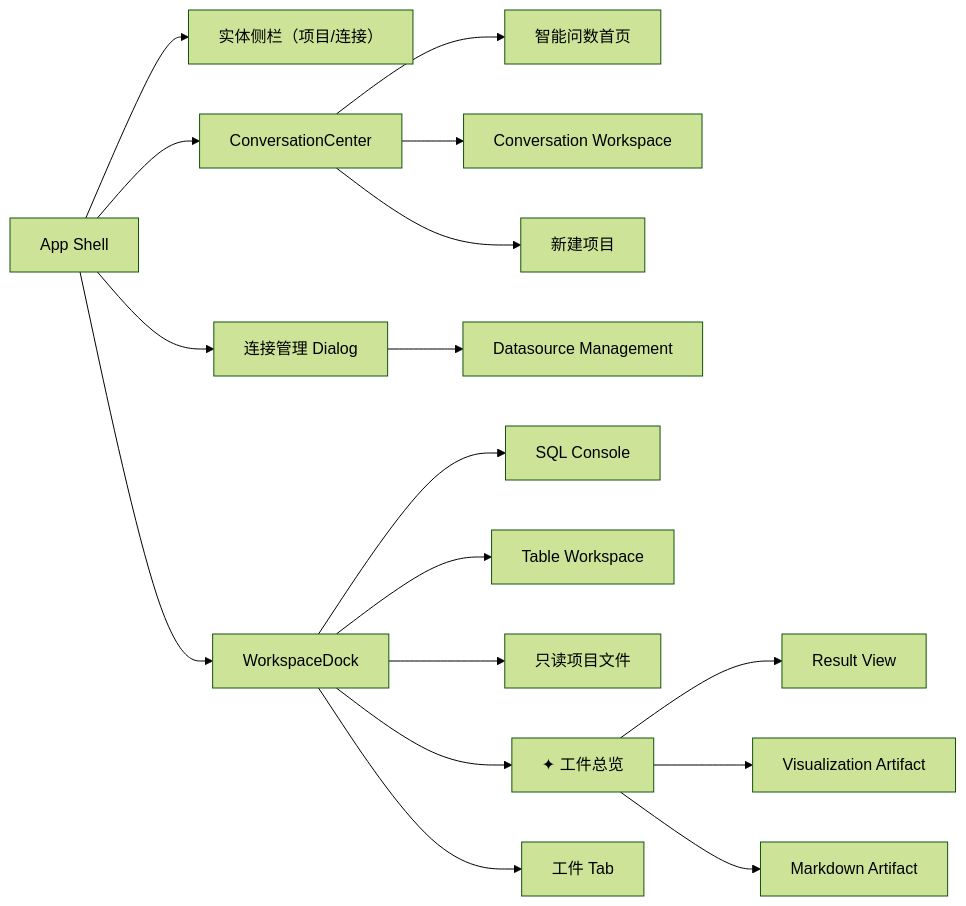
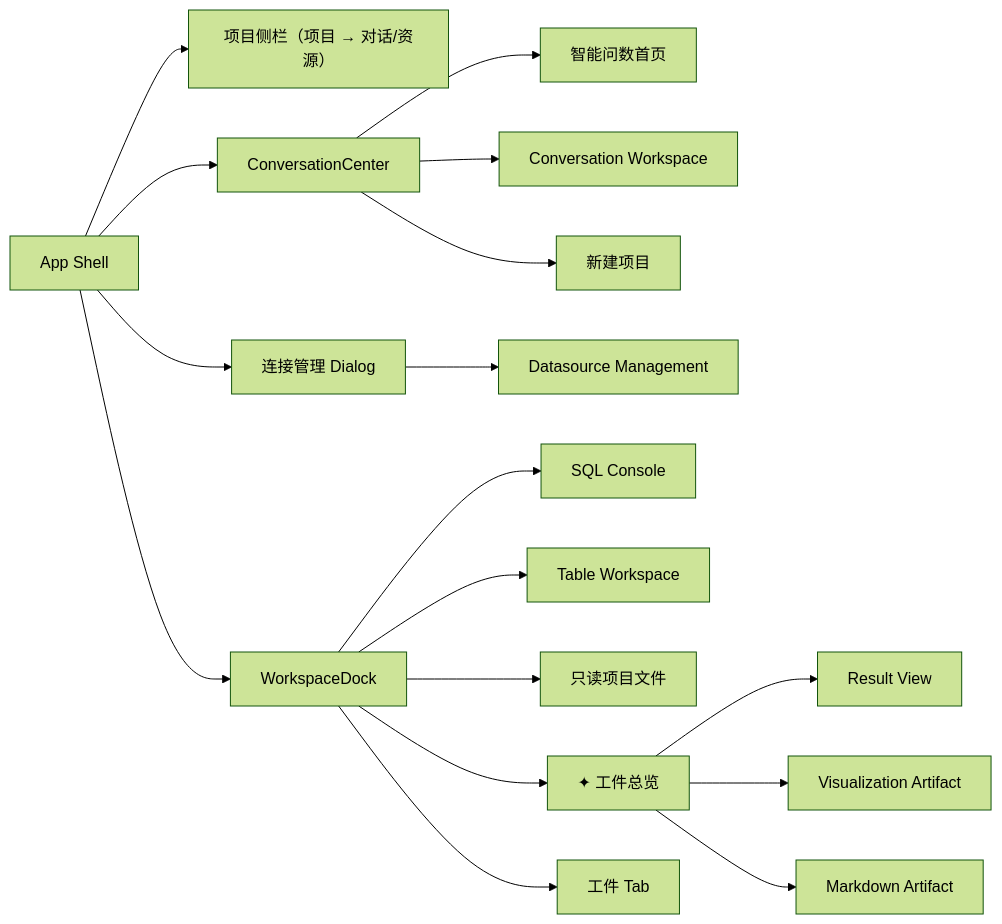
Before and after one commit to trrueee/DBFox: the second of 5 diagrams in docs/architecture/frontend.md, drawn with Mermaid (forest theme). The commit also changed other lines of this file and 7 other files, not shown here.

````diff
--- a/docs/architecture/frontend.md
+++ b/docs/architecture/frontend.md
@@ -82,23 +82,23 @@
 ```mermaid
 flowchart LR
-  APP["App Shell"] --> TREE["实体侧栏（项目/连接）"]
+  APP["App Shell"] --> TREE["项目侧栏（项目 → 对话/资源）"]
   APP --> CENTER["ConversationCenter"]
   APP --> DOCK["WorkspaceDock"]
   APP --> MODAL["连接管理 Dialog"]
 
   CENTER --> HOME["智能问数首页"]
   CENTER --> CONV["Conversation Workspace"]
   CENTER --> PROJECT["新建项目"]
 
   MODAL --> DS["Datasource Management"]
 
   DOCK --> SQL["SQL Console"]
   DOCK --> TABLE["Table Workspace"]
   DOCK --> FILE["只读项目文件"]
   DOCK --> ARTIFACTS["✦ 工件总览"]
   DOCK --> ARTIFACT["工件 Tab"]
 
   ARTIFACTS --> RESULT["Result View"]
   ARTIFACTS --> VIZ["Visualization Artifact"]
   ARTIFACTS --> NOTE["Markdown Artifact"]
 ```
````
